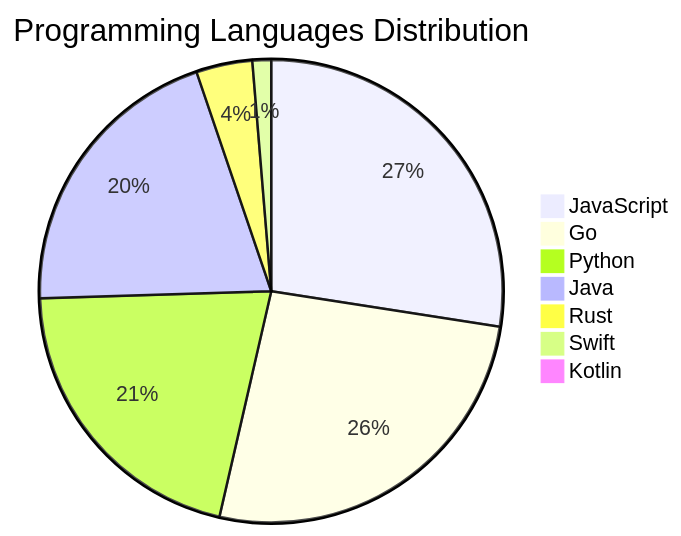
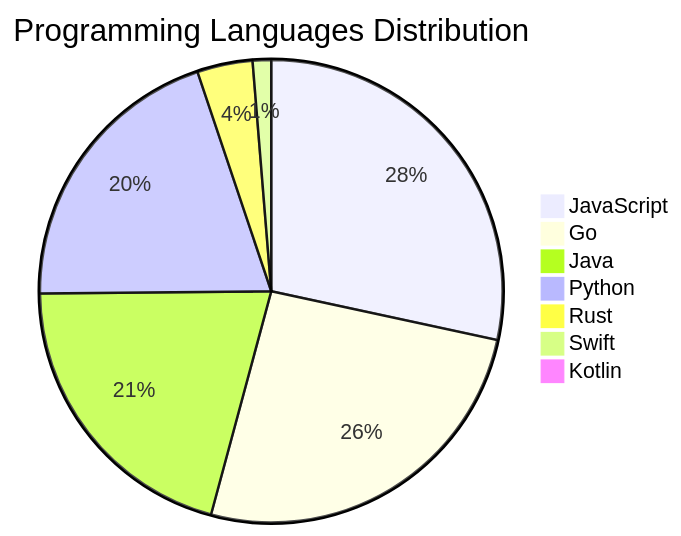
The diagram in README.md (Derrick-MUGISHA/github-activity-bot), drawn with Mermaid before and after one commit. The commit also changed other lines of this file and 4 other files, not shown here.

````diff
--- a/README.md
+++ b/README.md
@@ -207,10 +206,10 @@
 ```mermaid
 pie title Programming Languages Distribution
-    "JavaScript" : 42
+    "JavaScript" : 44
     "Go" : 40
-    "Python" : 32
-    "Java" : 31
+    "Java" : 32
+    "Python" : 31
     "Rust" : 6
     "Swift" : 2
     "Kotlin" : 1
 ```
````
